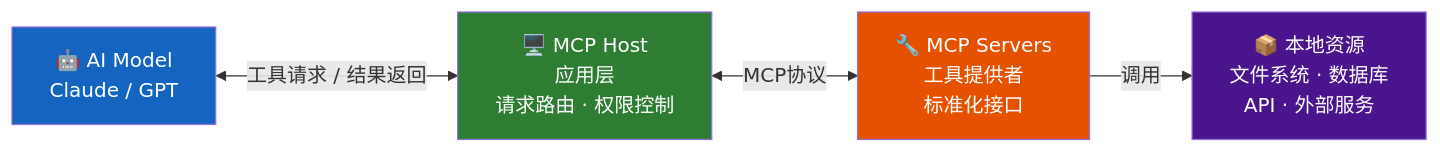
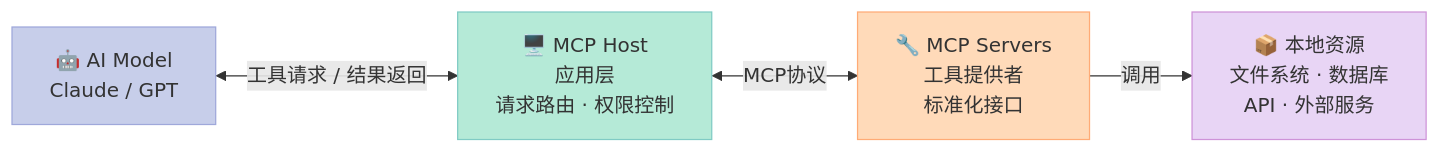
One commit to xuqi2024/xuqi2024.github.io changed the fifth of 5 diagrams in _posts/2026-04-14-ai-agent-principles-and-practice.md. Above: the diagram before and after it, drawn with Mermaid. The commit also changed other lines of this file and 2 other files, not shown here.

````diff
--- a/_posts/2026-04-14-ai-agent-principles-and-practice.md
+++ b/_posts/2026-04-14-ai-agent-principles-and-practice.md
@@ -1133,16 +1133,16 @@
 ```mermaid
 graph LR
     AI["🤖 AI Model\nClaude / GPT"]
     MH["🖥️ MCP Host\n应用层\n请求路由 · 权限控制"]
     MS["🔧 MCP Servers\n工具提供者\n标准化接口"]
     LR["📦 本地资源\n文件系统 · 数据库\nAPI · 外部服务"]
 
     AI <-->|"工具请求 / 结果返回"| MH
     MH <-->|"MCP协议"| MS
     MS -->|"调用"| LR
 
-    style AI fill:#1565C0,color:#fff
-    style MH fill:#2E7D32,color:#fff
-    style MS fill:#E65100,color:#fff
-    style LR fill:#4A148C,color:#fff
+    style AI fill:#C7CEEA,stroke:#9FA8DA,color:#333
+    style MH fill:#B5EAD7,stroke:#80CBC4,color:#333
+    style MS fill:#FFDAB9,stroke:#FFAB76,color:#333
+    style LR fill:#E8D5F5,stroke:#CE93D8,color:#333
 ```
````
